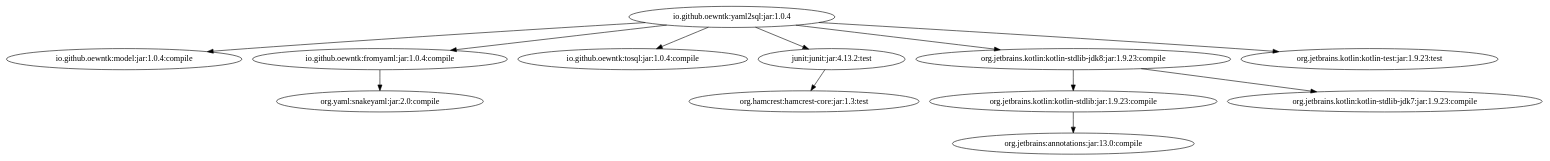
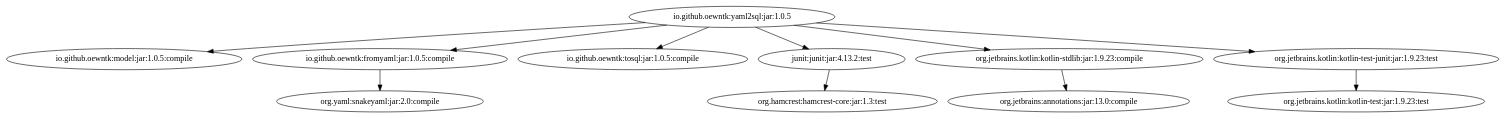
Before and after one commit to oewntk/grind_yaml2sql: the diagram in images/grind-yaml2sql.dot, drawn with Graphviz.

Commit message:
regenerated dot

```diff
--- a/images/grind-yaml2sql.dot
+++ b/images/grind-yaml2sql.dot
@@ -1,13 +1,12 @@
-digraph "io.github.oewntk:yaml2sql:jar:1.0.4" { 
-	"io.github.oewntk:yaml2sql:jar:1.0.4" -> "io.github.oewntk:model:jar:1.0.4:compile" ; 
-	"io.github.oewntk:yaml2sql:jar:1.0.4" -> "io.github.oewntk:fromyaml:jar:1.0.4:compile" ; 
-	"io.github.oewntk:yaml2sql:jar:1.0.4" -> "io.github.oewntk:tosql:jar:1.0.4:compile" ; 
-	"io.github.oewntk:yaml2sql:jar:1.0.4" -> "junit:junit:jar:4.13.2:test" ; 
-	"io.github.oewntk:yaml2sql:jar:1.0.4" -> "org.jetbrains.kotlin:kotlin-stdlib-jdk8:jar:1.9.23:compile" ; 
-	"io.github.oewntk:yaml2sql:jar:1.0.4" -> "org.jetbrains.kotlin:kotlin-test:jar:1.9.23:test" ; 
-	"io.github.oewntk:fromyaml:jar:1.0.4:compile" -> "org.yaml:snakeyaml:jar:2.0:compile" ; 
+digraph "io.github.oewntk:yaml2sql:jar:1.0.5" { 
+	"io.github.oewntk:yaml2sql:jar:1.0.5" -> "io.github.oewntk:model:jar:1.0.5:compile" ; 
+	"io.github.oewntk:yaml2sql:jar:1.0.5" -> "io.github.oewntk:fromyaml:jar:1.0.5:compile" ; 
+	"io.github.oewntk:yaml2sql:jar:1.0.5" -> "io.github.oewntk:tosql:jar:1.0.5:compile" ; 
+	"io.github.oewntk:yaml2sql:jar:1.0.5" -> "junit:junit:jar:4.13.2:test" ; 
+	"io.github.oewntk:yaml2sql:jar:1.0.5" -> "org.jetbrains.kotlin:kotlin-stdlib:jar:1.9.23:compile" ; 
+	"io.github.oewntk:yaml2sql:jar:1.0.5" -> "org.jetbrains.kotlin:kotlin-test-junit:jar:1.9.23:test" ; 
+	"io.github.oewntk:fromyaml:jar:1.0.5:compile" -> "org.yaml:snakeyaml:jar:2.0:compile" ; 
 	"junit:junit:jar:4.13.2:test" -> "org.hamcrest:hamcrest-core:jar:1.3:test" ; 
-	"org.jetbrains.kotlin:kotlin-stdlib-jdk8:jar:1.9.23:compile" -> "org.jetbrains.kotlin:kotlin-stdlib:jar:1.9.23:compile" ; 
-	"org.jetbrains.kotlin:kotlin-stdlib-jdk8:jar:1.9.23:compile" -> "org.jetbrains.kotlin:kotlin-stdlib-jdk7:jar:1.9.23:compile" ; 
 	"org.jetbrains.kotlin:kotlin-stdlib:jar:1.9.23:compile" -> "org.jetbrains:annotations:jar:13.0:compile" ; 
+	"org.jetbrains.kotlin:kotlin-test-junit:jar:1.9.23:test" -> "org.jetbrains.kotlin:kotlin-test:jar:1.9.23:test" ; 
  } 
```
